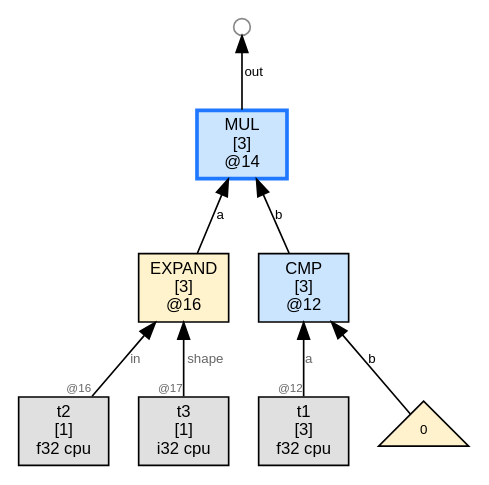
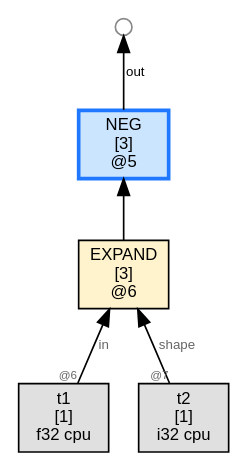
One commit to sw1sh/TinyHVM changed the diagram in wl/examples/thvm_graphs/grad_rules/gradu_poly/thvm_2_post_sweep.dot. Above: the diagram before and after it, drawn with Graphviz. The commit also changed 4 other files, not shown here.

```diff
--- a/wl/examples/thvm_graphs/grad_rules/gradu_poly/thvm_2_post_sweep.dot
+++ b/wl/examples/thvm_graphs/grad_rules/gradu_poly/thvm_2_post_sweep.dot
@@ -1,21 +1,15 @@
 digraph G {
   rankdir=BT;
   node [fontname="Helvetica", fontsize=10, style=filled, shape=box, margin="0.1,0.05"];
   edge [fontsize=8, fontname="Helvetica"];
 
-  n14 [label="MUL\n[3]\n@14", shape=box, fillcolor="#cce5ff",color="#1f78ff",penwidth=2.2];
-  n16 -> n14 [label="a"];
-  n12 -> n14 [label="b"];
-  free14_1000 [label="",shape=circle,width=0.14,height=0.14,fixedsize=true,fillcolor="#ffffff",color="#888888",fontsize=1];
-  n14 -> free14_1000 [label="out"];
-  n16 [label="EXPAND\n[3]\n@16", shape=box, fillcolor="#fff3cd"];
-  t2 [label="t2\n[1]\nf32 cpu",shape=box,fillcolor="#e0e0e0"];
-  t2 -> n16 [label="in",taillabel="@16",labelfontsize=7,fontcolor="#666666"];
-  t3 [label="t3\n[1]\ni32 cpu",shape=box,fillcolor="#e0e0e0"];
-  t3 -> n16 [label="shape",taillabel="@17",labelfontsize=7,fontcolor="#666666"];
-  n12 [label="CMP\n[3]\n@12", shape=box, fillcolor="#cce5ff"];
-  t1 [label="t1\n[3]\nf32 cpu",shape=box,fillcolor="#e0e0e0"];
-  t1 -> n12 [label="a",taillabel="@12",labelfontsize=7,fontcolor="#666666"];
-  num12_1 [label="0",shape=triangle,fillcolor="#fff2cc",fontsize=8];
-  num12_1 -> n12 [label="b"];
+  n6 [label="EXPAND\n[3]\n@6", shape=box, fillcolor="#fff3cd"];
+  t1 [label="t1\n[1]\nf32 cpu",shape=box,fillcolor="#e0e0e0"];
+  t1 -> n6 [label="in",taillabel="@6",labelfontsize=7,fontcolor="#666666"];
+  t2 [label="t2\n[1]\ni32 cpu",shape=box,fillcolor="#e0e0e0"];
+  t2 -> n6 [label="shape",taillabel="@7",labelfontsize=7,fontcolor="#666666"];
+  n5 [label="NEG\n[3]\n@5", shape=box, fillcolor="#cce5ff",color="#1f78ff",penwidth=2.2];
+  n6 -> n5 [label=""];
+  free5_1000 [label="",shape=circle,width=0.14,height=0.14,fixedsize=true,fillcolor="#ffffff",color="#888888",fontsize=1];
+  n5 -> free5_1000 [label="out"];
 }
```
